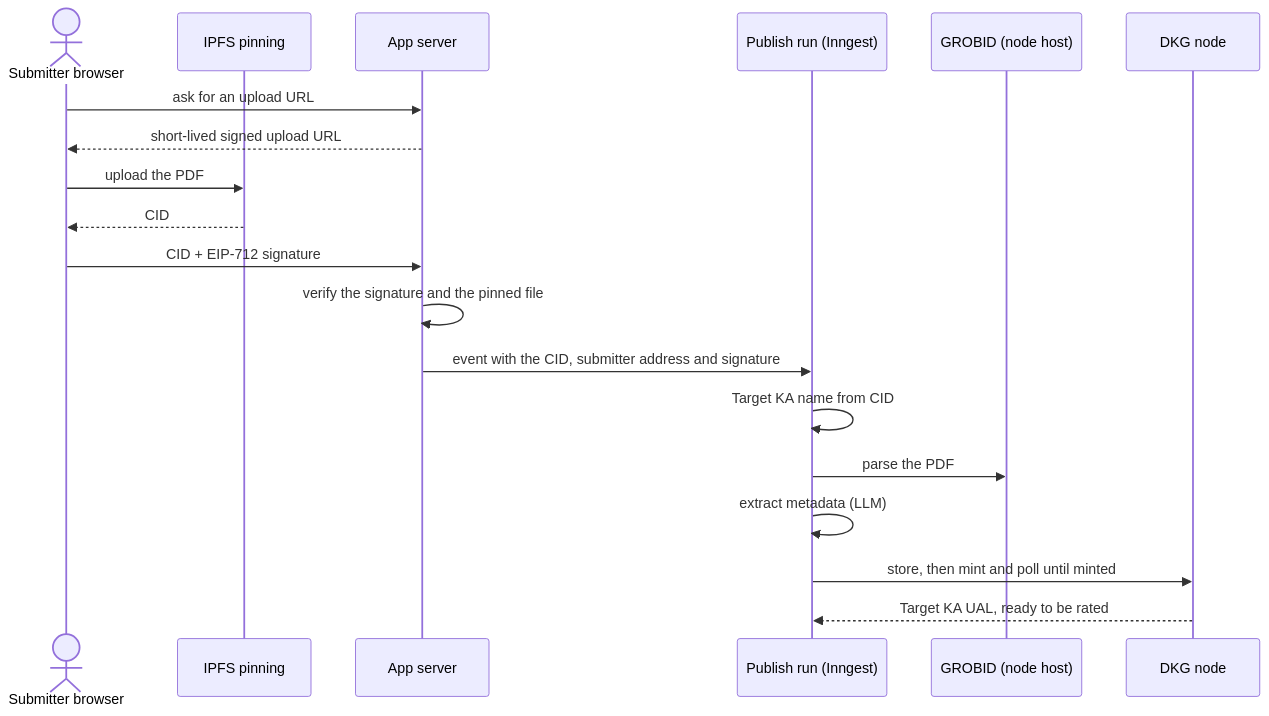
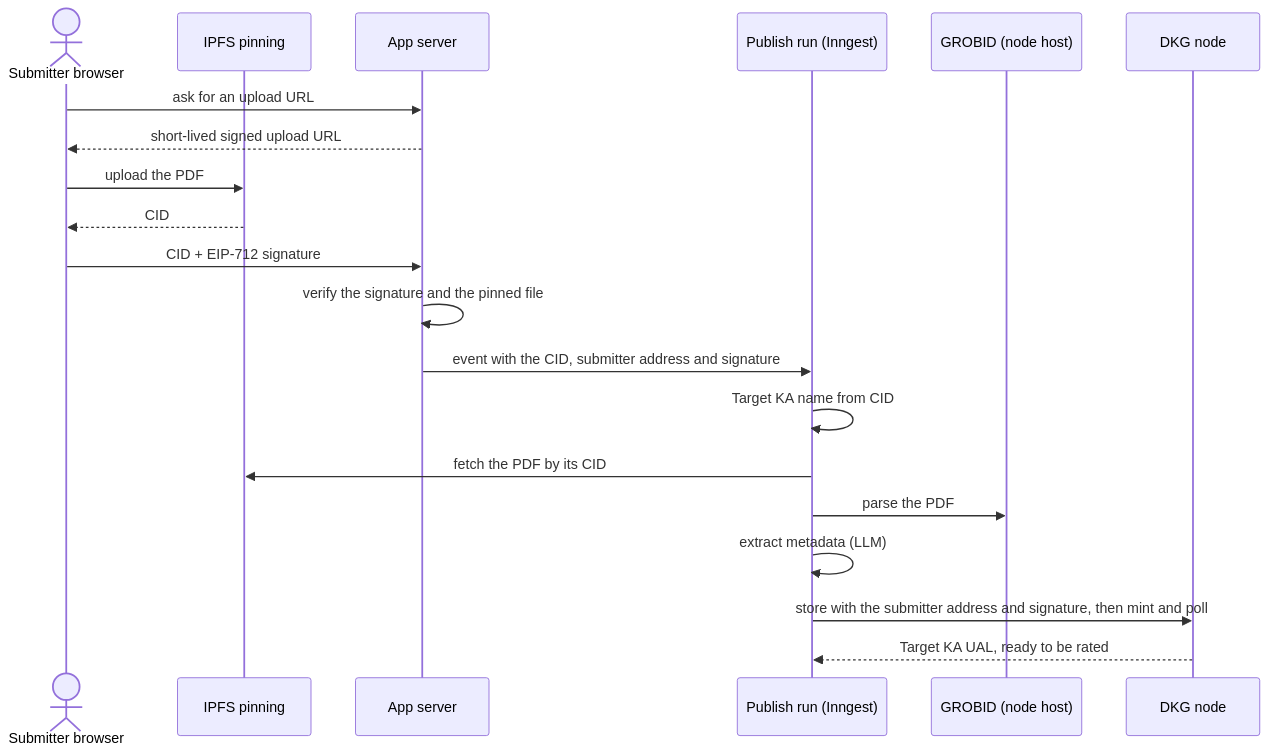
Before and after one commit to SiegfriedBz/verisci: the second of 3 diagrams in README.md, drawn with Mermaid. The commit also changed other lines of this file, not shown here.

First line of the commit message:
docs: give each environment its own column and show publishing first

````diff
--- a/README.md
+++ b/README.md
@@ -133,21 +87,22 @@
 ```mermaid
 sequenceDiagram
   actor U as Submitter browser
   participant P as IPFS pinning
   participant A as App server
   participant R as Publish run (Inngest)
   participant G as GROBID (node host)
   participant N as DKG node
   U->>A: ask for an upload URL
   A-->>U: short-lived signed upload URL
   U->>P: upload the PDF
   P-->>U: CID
   U->>A: CID + EIP-712 signature
   A->>A: verify the signature and the pinned file
   A->>R: event with the CID, submitter address and signature
   R->>R: Target KA name from CID
+  R->>P: fetch the PDF by its CID
   R->>G: parse the PDF
   R->>R: extract metadata (LLM)
-  R->>N: store, then mint and poll until minted
+  R->>N: store with the submitter address and signature, then mint and poll
   N-->>R: Target KA UAL, ready to be rated
 ```
````
